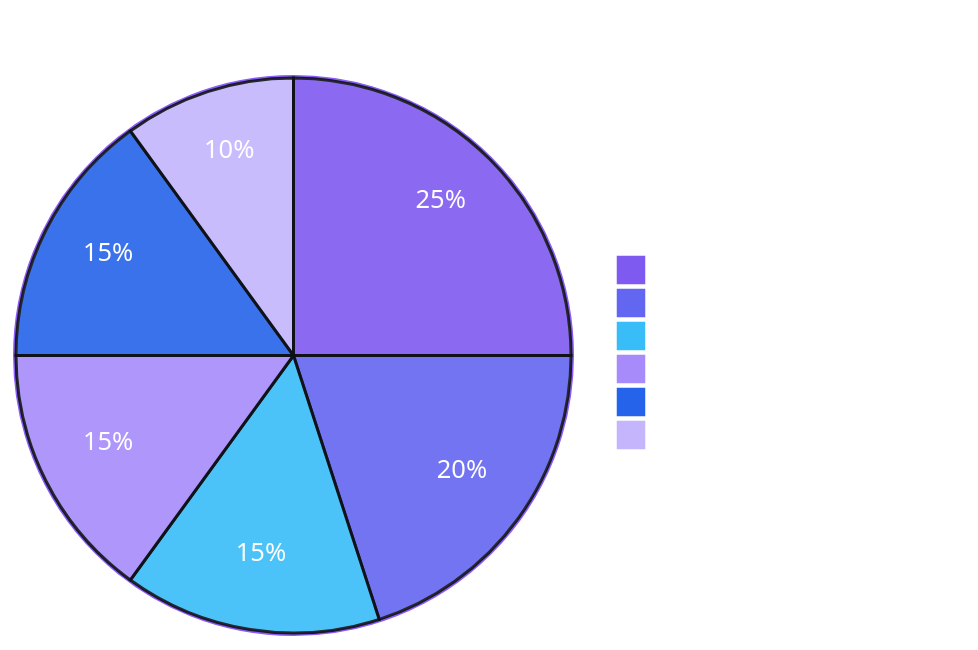
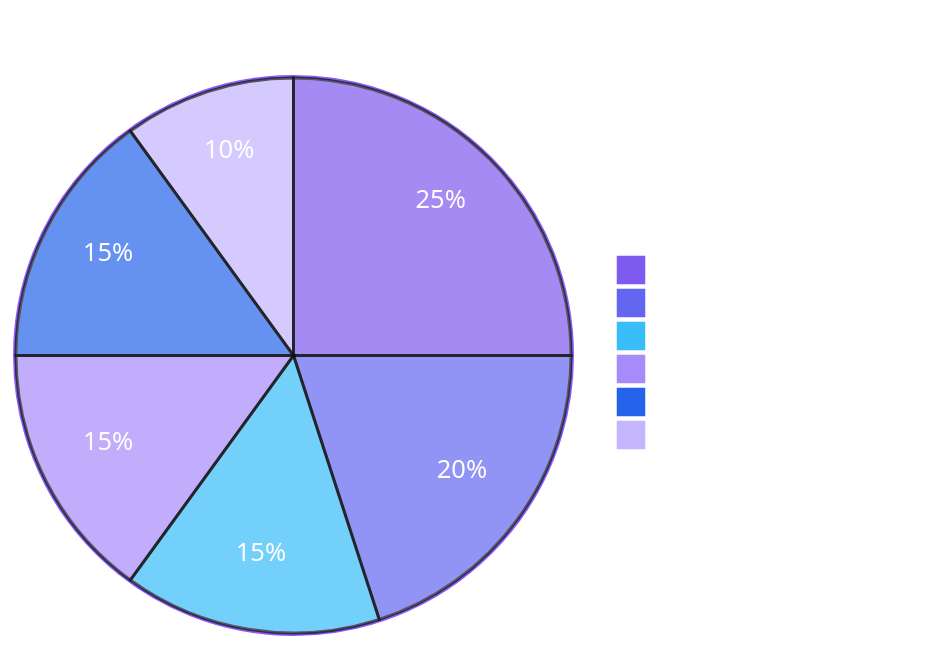
One commit to Maysha082/Maysha082 changed the diagram in README.md. Above: the diagram before and after it, drawn with Mermaid. The commit also changed other lines of this file, not shown here.

Commit message:
Update pie chart configuration in README
Removed pieOpacity setting and adjusted pie chart data.

````diff
--- a/README.md
+++ b/README.md
@@ -54,27 +54,26 @@
 ```mermaid
 ---
 config:
   theme: base
   themeVariables:
     pie1: "#7F5AF0"
     pie2: "#6366F1"
     pie3: "#38BDF8"
     pie4: "#A78BFA"
     pie5: "#2563EB"
     pie6: "#C4B5FD"
     pieSectionTextColor: "#FFFFFF"
     pieLegendTextColor: "#FFFFFF"
     pieTitleTextColor: "#FFFFFF"
     pieStrokeColor: "#0D1117"
     pieOuterStrokeColor: "#8B5CF6"
-    pieOpacity: 0.9
 ---
-pie showData
+pie
     title Expertise
     "C Programming" : 25
     "Java" : 20
     "Data Structures" : 15
     "Algorithms" : 15
     "Software Engineering" : 15
     "Project Management" : 10
 ```
````
